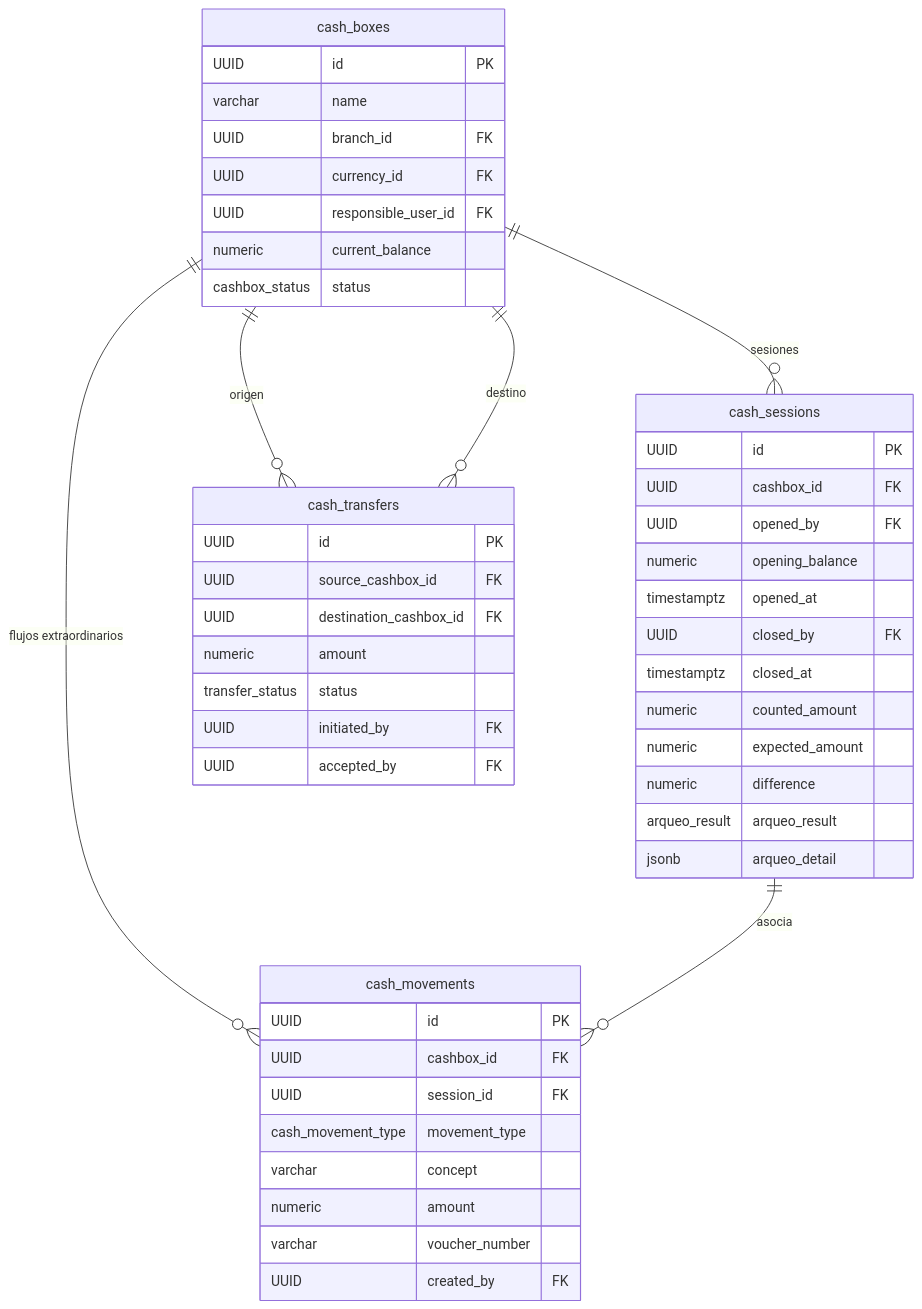
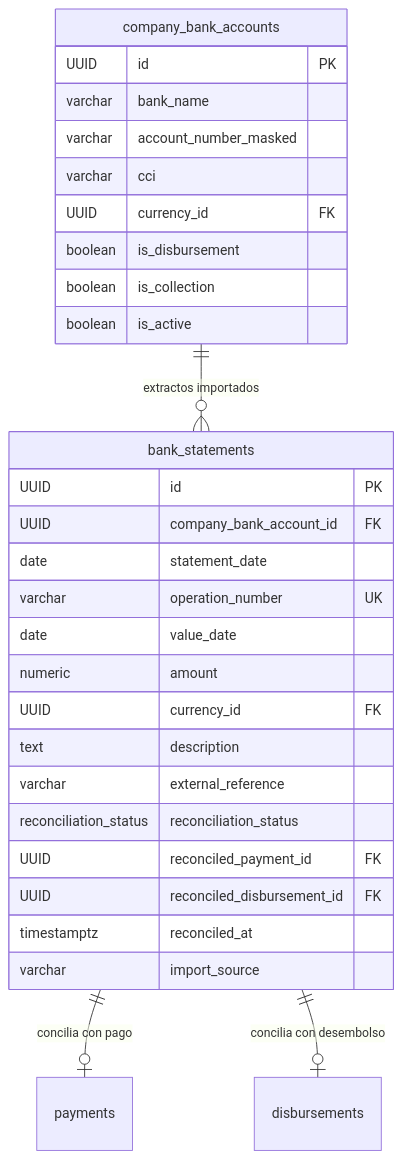
The sixth of 7 diagrams in database/docs/diagrama-entidad-relacion.md (YonatanLLa/-loan_system), drawn with Mermaid before and after one commit. The commit also changed other lines of this file and 38 other files, not shown here.

````diff
--- a/database/docs/diagrama-entidad-relacion.md
+++ b/database/docs/diagrama-entidad-relacion.md
@@ -336,51 +359,34 @@
 ```mermaid
 erDiagram
-    cash_boxes {
+    company_bank_accounts {
         UUID id PK
-        varchar name
-        UUID branch_id FK
+        varchar bank_name
+        varchar account_number_masked
+        varchar cci
         UUID currency_id FK
-        UUID responsible_user_id FK
-        numeric current_balance
-        cashbox_status status
-    }
-    cash_sessions {
-        UUID id PK
-        UUID cashbox_id FK
-        UUID opened_by FK
-        numeric opening_balance
-        timestamptz opened_at
-        UUID closed_by FK
-        timestamptz closed_at
-        numeric counted_amount
-        numeric expected_amount
-        numeric difference
-        arqueo_result arqueo_result
-        jsonb arqueo_detail
-    }
-    cash_movements {
-        UUID id PK
-        UUID cashbox_id FK
-        UUID session_id FK
-        cash_movement_type movement_type
-        varchar concept
-        numeric amount
-        varchar voucher_number
-        UUID created_by FK
-    }
-    cash_transfers {
-        UUID id PK
-        UUID source_cashbox_id FK
-        UUID destination_cashbox_id FK
-        numeric amount
-        transfer_status status
-        UUID initiated_by FK
-        UUID accepted_by FK
+        boolean is_disbursement
+        boolean is_collection
+        boolean is_active
     }
 
-    cash_boxes ||--o{ cash_sessions : "sesiones"
-    cash_boxes ||--o{ cash_movements : "flujos extraordinarios"
-    cash_sessions ||--o{ cash_movements : "asocia"
-    cash_boxes ||--o{ cash_transfers : "origen"
-    cash_boxes ||--o{ cash_transfers : "destino"
+    bank_statements {
+        UUID id PK
+        UUID company_bank_account_id FK
+        date statement_date
+        varchar operation_number UK
+        date value_date
+        numeric amount
+        UUID currency_id FK
+        text description
+        varchar external_reference
+        reconciliation_status reconciliation_status
+        UUID reconciled_payment_id FK
+        UUID reconciled_disbursement_id FK
+        timestamptz reconciled_at
+        varchar import_source
+    }
+
+    company_bank_accounts ||--o{ bank_statements : "extractos importados"
+    bank_statements ||--o| payments : "concilia con pago"
+    bank_statements ||--o| disbursements : "concilia con desembolso"
 ```
````
